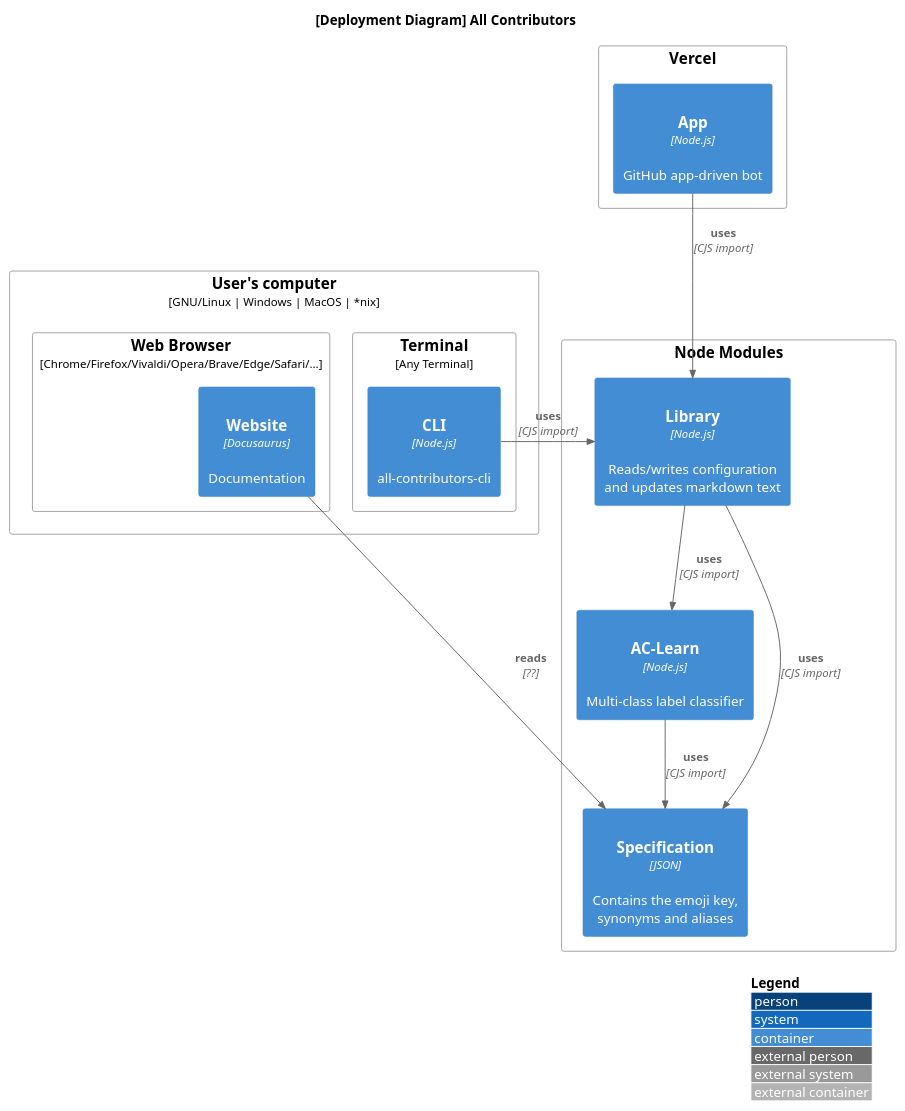
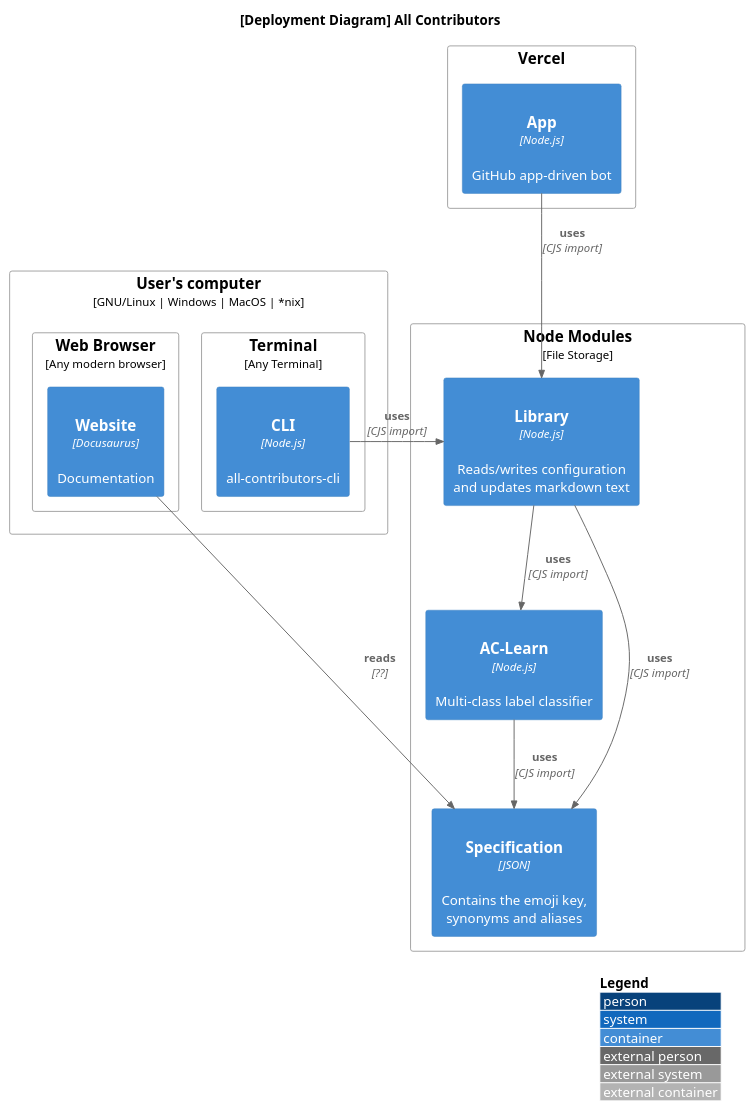
Before and after one commit to all-contributors/architecture: the diagram in src/2 Deployment/deployment.puml, drawn with PlantUML.

Commit message:
feat(diagrams): minor improvement to the deployment diagram

```diff
--- a/src/2 Deployment/deployment.puml
+++ b/src/2 Deployment/deployment.puml
@@ -1,36 +1,36 @@
 @startuml
 !include https://raw.githubusercontent.com/adrianvlupu/C4-PlantUML/latest/C4_Deployment.puml
 
 LAYOUT_WITH_LEGEND()
 
 title [Deployment Diagram] All Contributors
 
 Deployment_Node(user, "User's computer", "GNU/Linux | Windows | MacOS | *nix") {
   Deployment_Node(term, "Terminal", "Any Terminal") {
     Container(cli, "CLI", "Node.js", "all-contributors-cli", "nodejs") [[./CLI/container.svg]]
   }
-  Deployment_Node(web, "Web Browser", "Chrome/Firefox/Vivaldi/Opera/Brave/Edge/Safari/...") {
+  Deployment_Node(web, "Web Browser", "Any modern browser") {
     'WebBrowser shape?
     Container(website, "Website", "Docusaurus", "Documentation", "html5") [[./Website/container.svg]]
   }
 }
 
 Deployment_Node(vercel, "Vercel") {
   'Robot shape?
   Container(app, "App", "Node.js", "GitHub app-driven bot", "nodejs") [[./App/container.svg]]
 }
 
-Deployment_Node(npm, "Node Modules") {
+Deployment_Node(npm, "Node Modules", "File Storage") {
   Container(acl, "AC-Learn", "Node.js", "Multi-class label classifier", "nodejs") [[./AC-Learn/container.svg]]
   Container(lib, "Library", "Node.js", "Reads/writes configuration and updates markdown text", "javascript") [[./Lib/container.svg]]
   Container(spec, "Specification", "JSON", "Contains the emoji key, synonyms and aliases", "json") [[./Spec/container.svg]]
 }
 
 Rel(acl, spec, "uses", "CJS import")
 Rel(app, lib, "uses", "CJS import")
 Rel_R(cli, lib, "uses", "CJS import")
 Rel(lib, acl, "uses", "CJS import")
 Rel(lib, spec, "uses", "CJS import")
 Rel(website, spec, "reads", "??")
 
 @enduml
```
